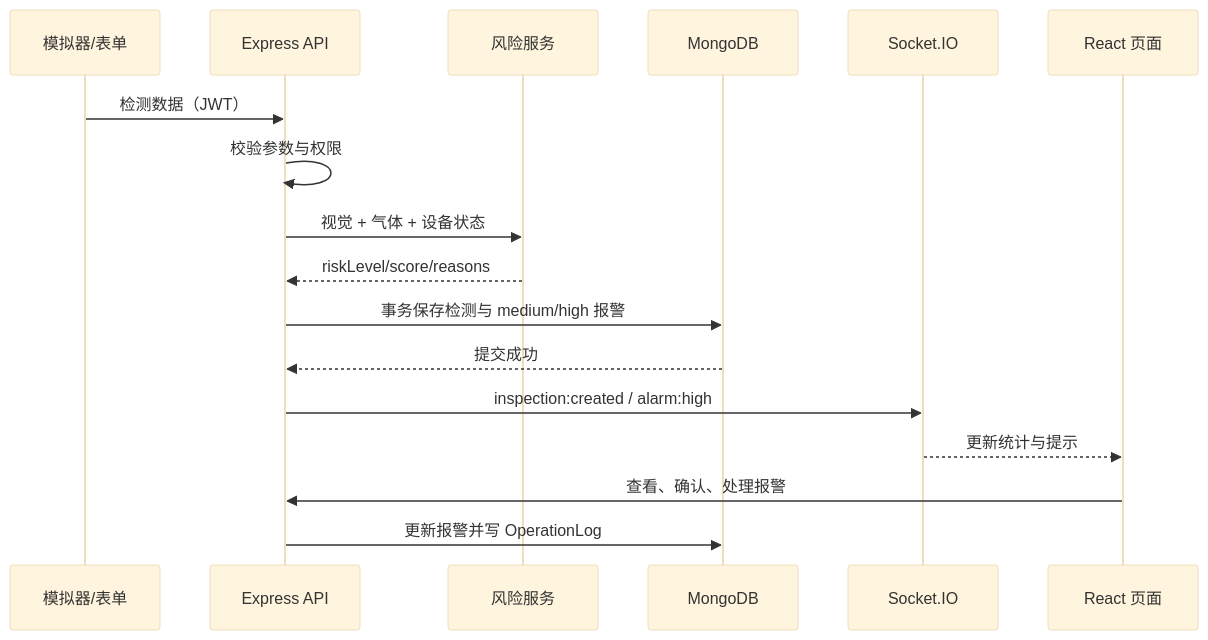
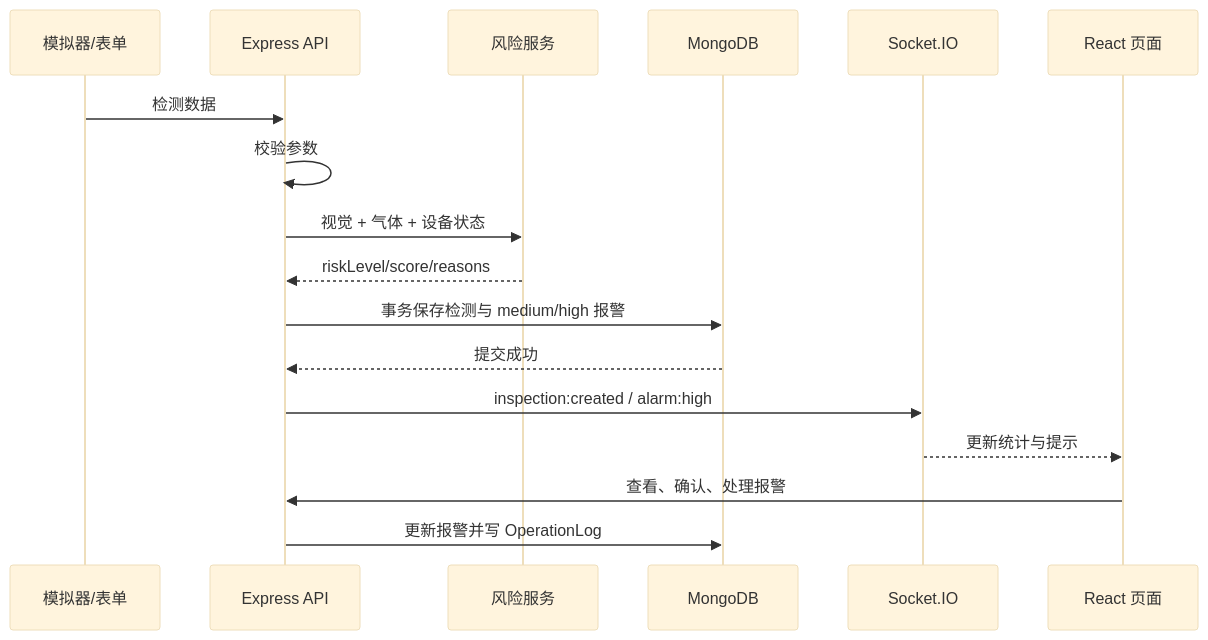
Before and after one commit to OceanHope315/HSR-Image-Analysis-System: the second of 2 diagrams in README.md, drawn with Mermaid (base theme). The commit also changed other lines of this file and 48 other files, not shown here.

````diff
--- a/README.md
+++ b/README.md
@@ -51,20 +53,20 @@
 ```mermaid
 sequenceDiagram
     participant Sim as 模拟器/表单
     participant API as Express API
     participant Risk as 风险服务
     participant DB as MongoDB
     participant Socket as Socket.IO
     participant UI as React 页面
 
-    Sim->>API: 检测数据（JWT）
-    API->>API: 校验参数与权限
+    Sim->>API: 检测数据
+    API->>API: 校验参数
     API->>Risk: 视觉 + 气体 + 设备状态
     Risk-->>API: riskLevel/score/reasons
     API->>DB: 事务保存检测与 medium/high 报警
     DB-->>API: 提交成功
     API->>Socket: inspection:created / alarm:high
     Socket-->>UI: 更新统计与提示
     UI->>API: 查看、确认、处理报警
     API->>DB: 更新报警并写 OperationLog
 ```
````
